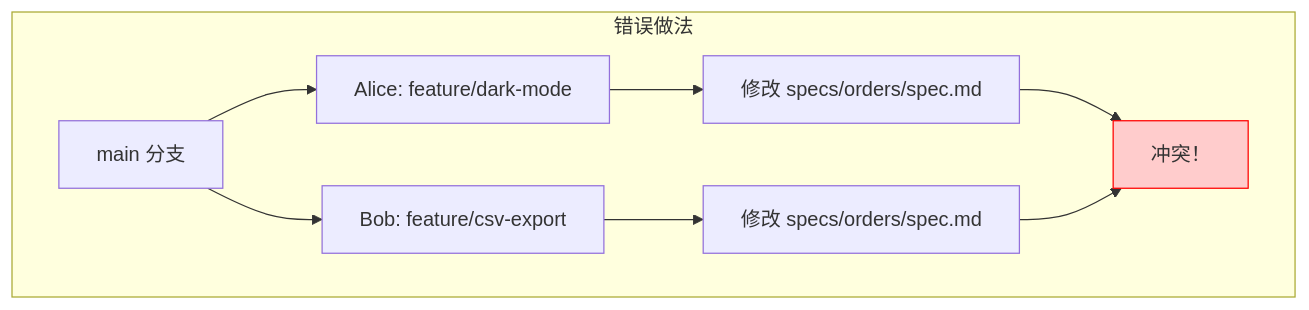
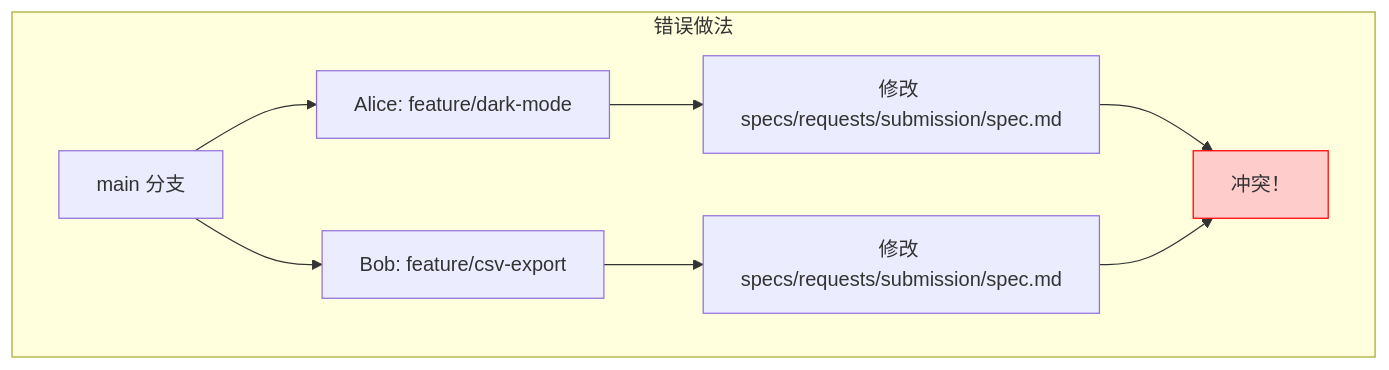
One commit to ethan-jiang-3/OpenSpec changed the second of 6 diagrams in _openspec_handbook/15-实战-多人协作与Git工作流.md. Above: the diagram before and after it, drawn with Mermaid. The commit also changed other lines of this file and 19 other files, not shown here.

````diff
--- a/_openspec_handbook/15-实战-多人协作与Git工作流.md
+++ b/_openspec_handbook/15-实战-多人协作与Git工作流.md
@@ -145,13 +145,13 @@
 ```mermaid
 graph TB    
     subgraph 错误做法
     A2["main 分支"] --> B2[Alice: feature/dark-mode]
     A2 --> C2[Bob: feature/csv-export]
-    B2 --> D2[修改 specs/orders/spec.md]
-    C2 --> E2[修改 specs/orders/spec.md]
+    B2 --> D2[修改 specs/requests/submission/spec.md]
+    C2 --> E2[修改 specs/requests/submission/spec.md]
     D2 --> F2[冲突！]
     E2 --> F2
     end
     
     style F2 fill:#ffcccc,stroke:#ff0000
 ```
````
